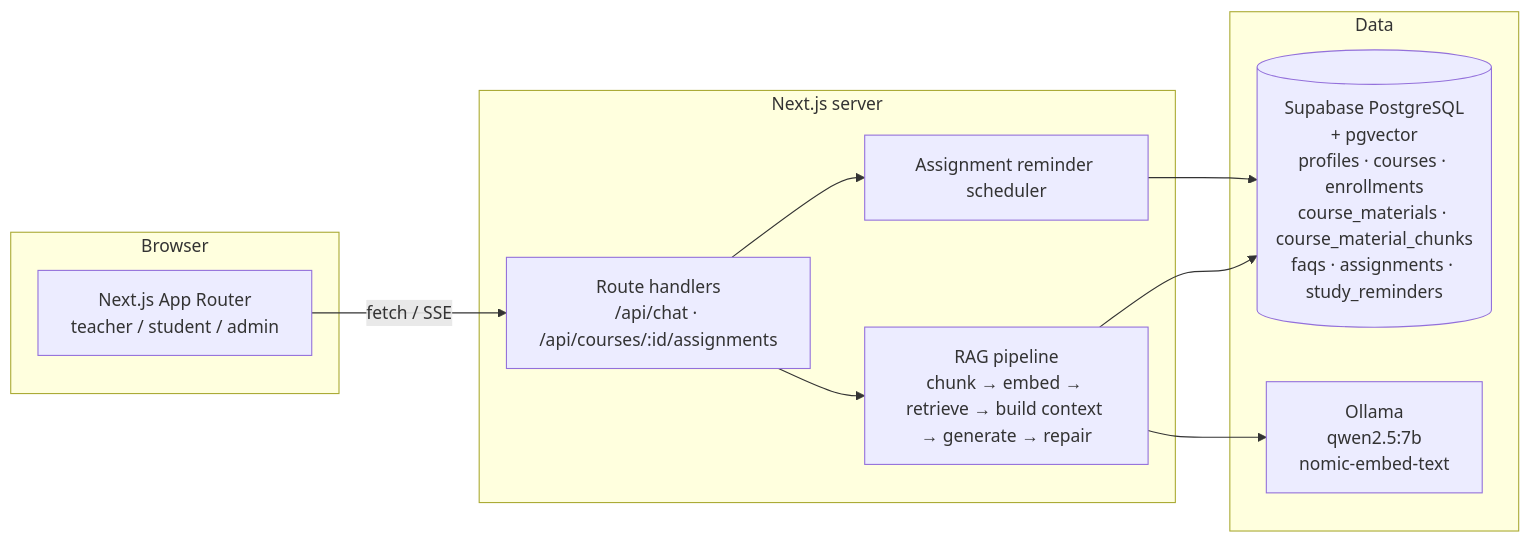
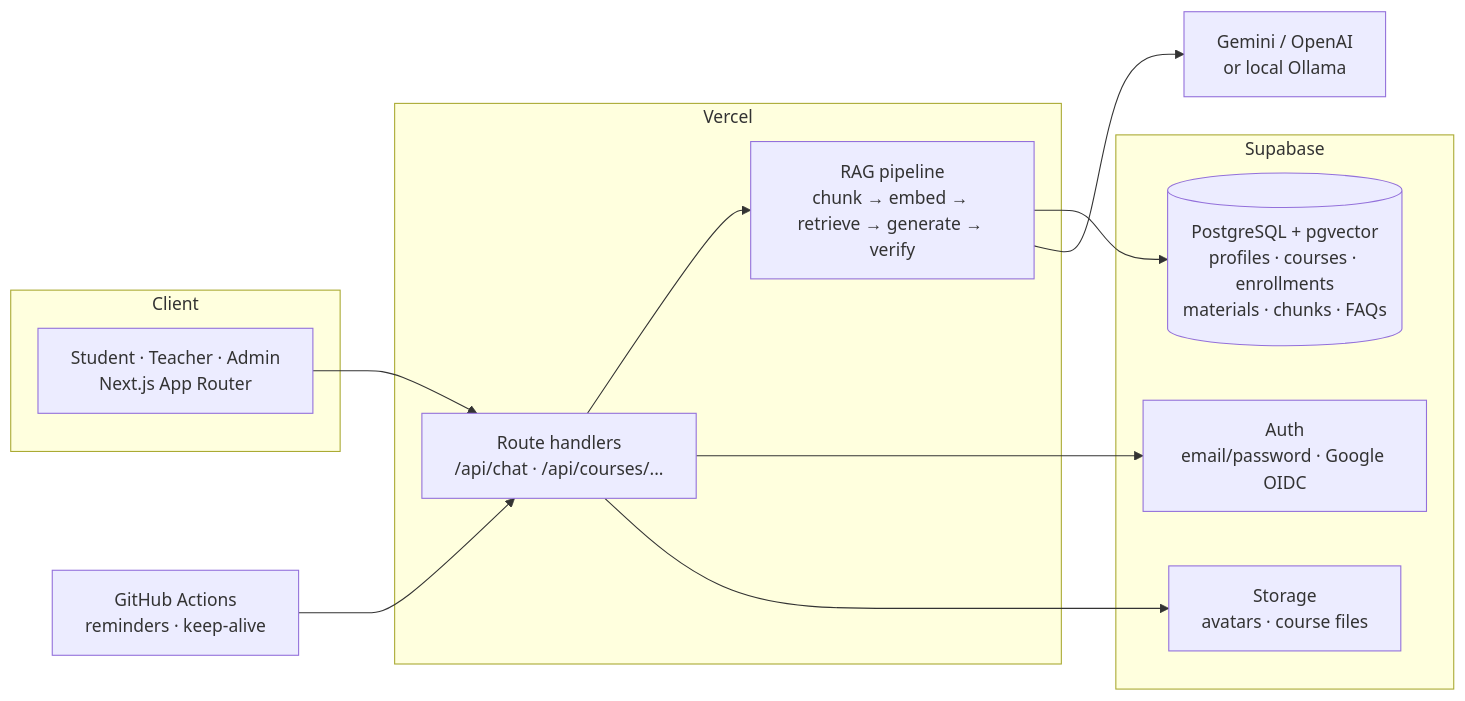
The second of 2 diagrams in README.md (zawwinhtutdev/mfu-ai-teaching-assistant), drawn with Mermaid before and after one commit. The commit also changed other lines of this file and 31 other files, not shown here.

First line of the commit message:
feat: demo class, co-teacher RLS, Google SSO polish and README redesign

````diff
--- a/README.md
+++ b/README.md
@@ -65,24 +117,27 @@
 ```mermaid
 flowchart LR
-    subgraph Browser
-      UI[Next.js App Router<br/>teacher / student / admin]
+    subgraph Client
+      U[Student · Teacher · Admin<br/>Next.js App Router]
     end
 
-    subgraph Web["Next.js server"]
-      R[Route handlers<br/>/api/chat · /api/courses/:id/assignments]
-      P[RAG pipeline<br/>chunk → embed → retrieve → build context → generate → repair]
-      S[Assignment reminder scheduler]
+    subgraph Vercel
+      R[Route handlers<br/>/api/chat · /api/courses/...]
+      P[RAG pipeline<br/>chunk → embed → retrieve → generate → verify]
     end
 
-    subgraph Data
-      PG[(Supabase PostgreSQL<br/>+ pgvector<br/>profiles · courses · enrollments<br/>course_materials · course_material_chunks<br/>faqs · assignments · study_reminders)]
-      O[Ollama<br/>qwen2.5:7b<br/>nomic-embed-text]
+    subgraph Supabase
+      DB[(PostgreSQL + pgvector<br/>profiles · courses · enrollments<br/>materials · chunks · FAQs)]
+      AU[Auth<br/>email/password · Google OIDC]
+      ST[Storage<br/>avatars · course files]
     end
 
-    UI -->|fetch / SSE| R
+    AI[Gemini / OpenAI<br/>or local Ollama]
+    GH[GitHub Actions<br/>reminders · keep-alive] --> R
+
+    U --> R
     R --> P
-    R --> S
-    P --> PG
-    P --> O
-    S --> PG
+    P --> DB
+    P --> AI
+    R --> AU
+    R --> ST
 ```
````
